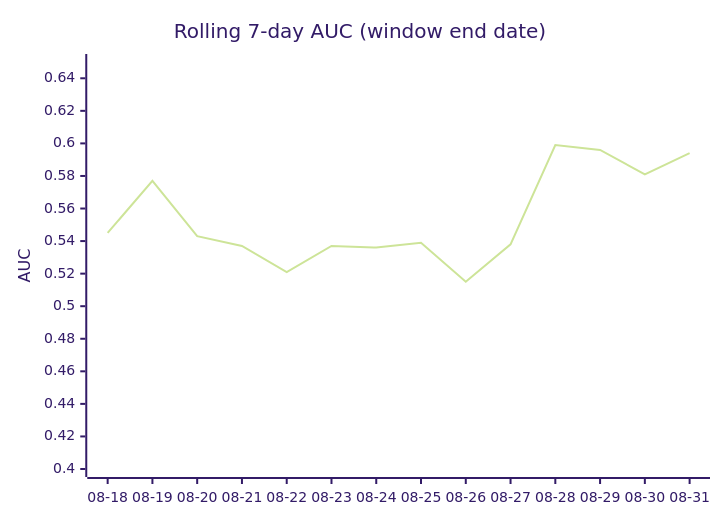
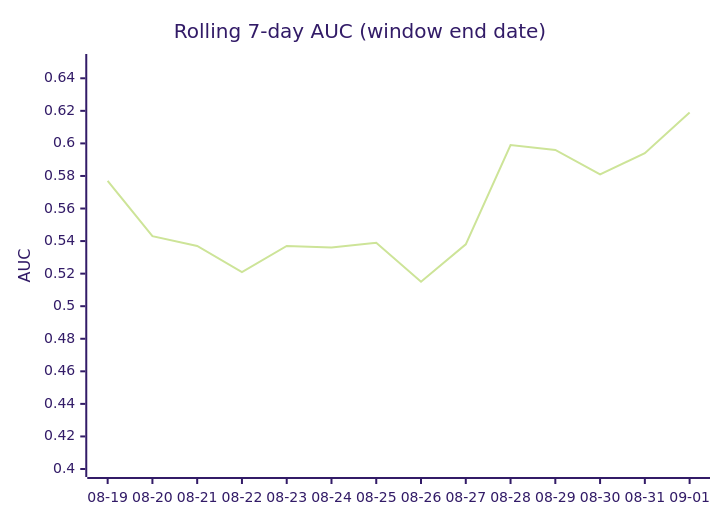
Before and after one commit to dpk1212/nhl-savant: the third of 4 diagrams in DAILY_AGSU_REPORT.md, drawn with Mermaid (forest theme). The commit also changed other lines of this file, not shown here.

````diff
--- a/DAILY_AGSU_REPORT.md
+++ b/DAILY_AGSU_REPORT.md
@@ -856,7 +859,7 @@
 ```mermaid
 xychart-beta
     title "Rolling 7-day AUC (window end date)"
-    x-axis ["08-18", "08-19", "08-20", "08-21", "08-22", "08-23", "08-24", "08-25", "08-26", "08-27", "08-28", "08-29", "08-30", "08-31"]
+    x-axis ["08-19", "08-20", "08-21", "08-22", "08-23", "08-24", "08-25", "08-26", "08-27", "08-28", "08-29", "08-30", "08-31", "09-01"]
     y-axis "AUC" 0.4 --> 0.65
-    line [0.545, 0.577, 0.543, 0.537, 0.521, 0.537, 0.536, 0.539, 0.515, 0.538, 0.599, 0.596, 0.581, 0.594]
+    line [0.577, 0.543, 0.537, 0.521, 0.537, 0.536, 0.539, 0.515, 0.538, 0.599, 0.596, 0.581, 0.594, 0.619]
 ```
````
